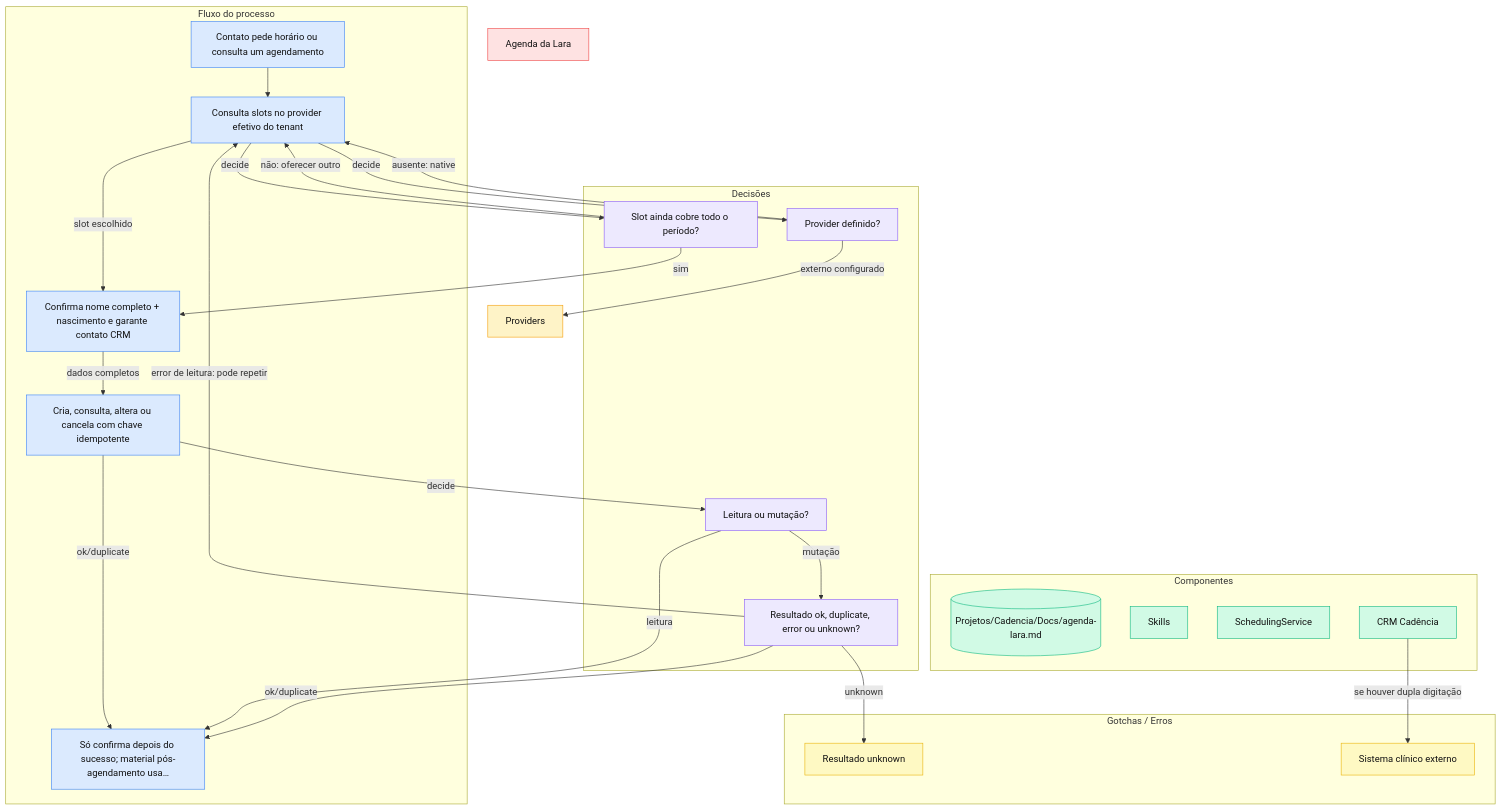
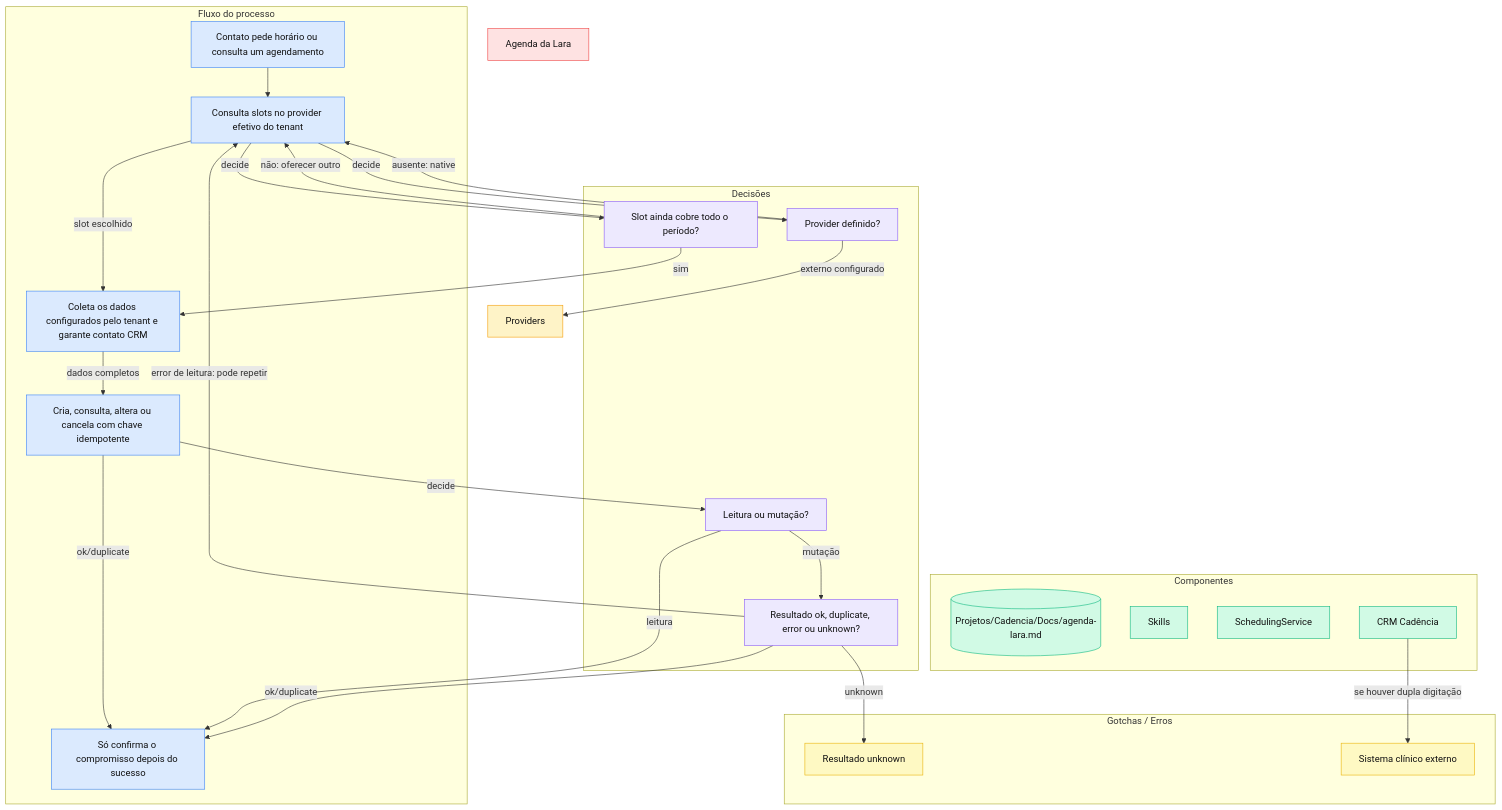
Before and after one commit to Posicionamento-Digital/cadencia-docs: the diagram in docs/cadencia-app/agenda-lara.md, drawn with Mermaid. The commit also changed other lines of this file and 1 other file, not shown here.

````diff
--- a/docs/cadencia-app/agenda-lara.md
+++ b/docs/cadencia-app/agenda-lara.md
@@ -28,64 +30,64 @@
 ```mermaid
 flowchart TD
     classDef component fill:#D1FAE5,stroke:#10B981,color:#111
     classDef flow fill:#DBEAFE,stroke:#3B82F6,color:#111
     classDef decision fill:#EDE9FE,stroke:#8B5CF6,color:#111
     classDef core fill:#FEE2E2,stroke:#EF4444,color:#111
     classDef external fill:#FEF3C7,stroke:#F59E0B,color:#111
     classDef warning fill:#FEF9C3,stroke:#EAB308,color:#111
 
     subgraph SG_component["Componentes"]
         ui[("Projetos/Cadencia/Docs/agenda-lara.md")]
         skills["Skills"]
         service["SchedulingService"]
         crm["CRM Cadência"]
     end
     class ui,skills,service,crm component
 
     subgraph SG_flow["Fluxo do processo"]
         request["Contato pede horário ou consulta um agendamento"]
         availability["Consulta slots no provider efetivo do tenant"]
-        identity["Confirma nome completo + nascimento e garante contato CRM"]
+        identity["Coleta os dados configurados pelo tenant e garante contato CRM"]
         mutate["Cria, consulta, altera ou cancela com chave idempotente"]
-        reply["Só confirma depois do sucesso; material pós-agendamento usa…"]
+        reply["Só confirma o compromisso depois do sucesso"]
     end
     class request,availability,identity,mutate,reply flow
 
     subgraph SG_decision["Decisões"]
         provider["Provider definido?"]
         free["Slot ainda cobre todo o período?"]
         operation["Leitura ou mutação?"]
         result["Resultado ok, duplicate, error ou unknown?"]
     end
     class provider,free,operation,result decision
 
         title["Agenda da Lara"]
     class title core
 
         providers["Providers"]
     class providers external
 
     subgraph SG_warning["Gotchas / Erros"]
         handoff["Resultado unknown"]
         manual["Sistema clínico externo"]
     end
     class handoff,manual warning
 
     request --> availability
     availability -->|"slot escolhido"| identity
     identity -->|"dados completos"| mutate
     mutate -->|"ok/duplicate"| reply
     availability -->|"decide"| provider
     provider -->|"ausente: native"| availability
     provider -->|"externo configurado"| providers
     availability -->|"decide"| free
     free -->|"sim"| identity
     free -->|"não: oferecer outro"| availability
     mutate -->|"decide"| operation
     operation -->|"leitura"| reply
     operation -->|"mutação"| result
     result -->|"ok/duplicate"| reply
     result -->|"unknown"| handoff
     result -->|"error de leitura: pode repetir"| availability
     crm -->|"se houver dupla digitação"| manual
 ```
````
